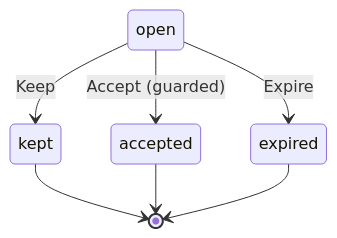
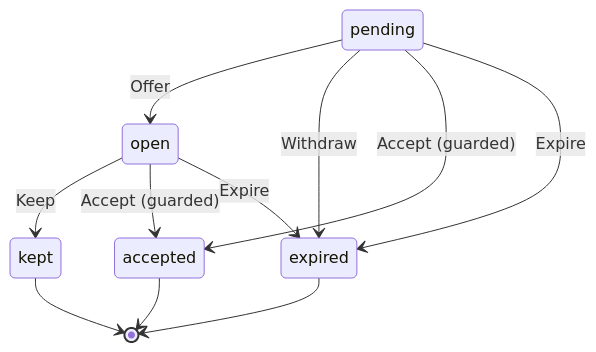
Before and after one commit to otaviobarros/hobbots: the diagram in docs/architecture/machines/camp-suggestion-state.md, drawn with Mermaid. The commit also changed other lines of this file and 39 other files, not shown here.

````diff
--- a/docs/architecture/machines/camp-suggestion-state.md
+++ b/docs/architecture/machines/camp-suggestion-state.md
@@ -14,9 +15,13 @@
 ```mermaid
 stateDiagram-v2
+  pending --> open: Offer
+  pending --> expired: Withdraw
   open --> kept: Keep
+  pending --> accepted: Accept (guarded)
   open --> accepted: Accept (guarded)
+  pending --> expired: Expire
   open --> expired: Expire
   kept --> [*]
   accepted --> [*]
   expired --> [*]
 ```
````
